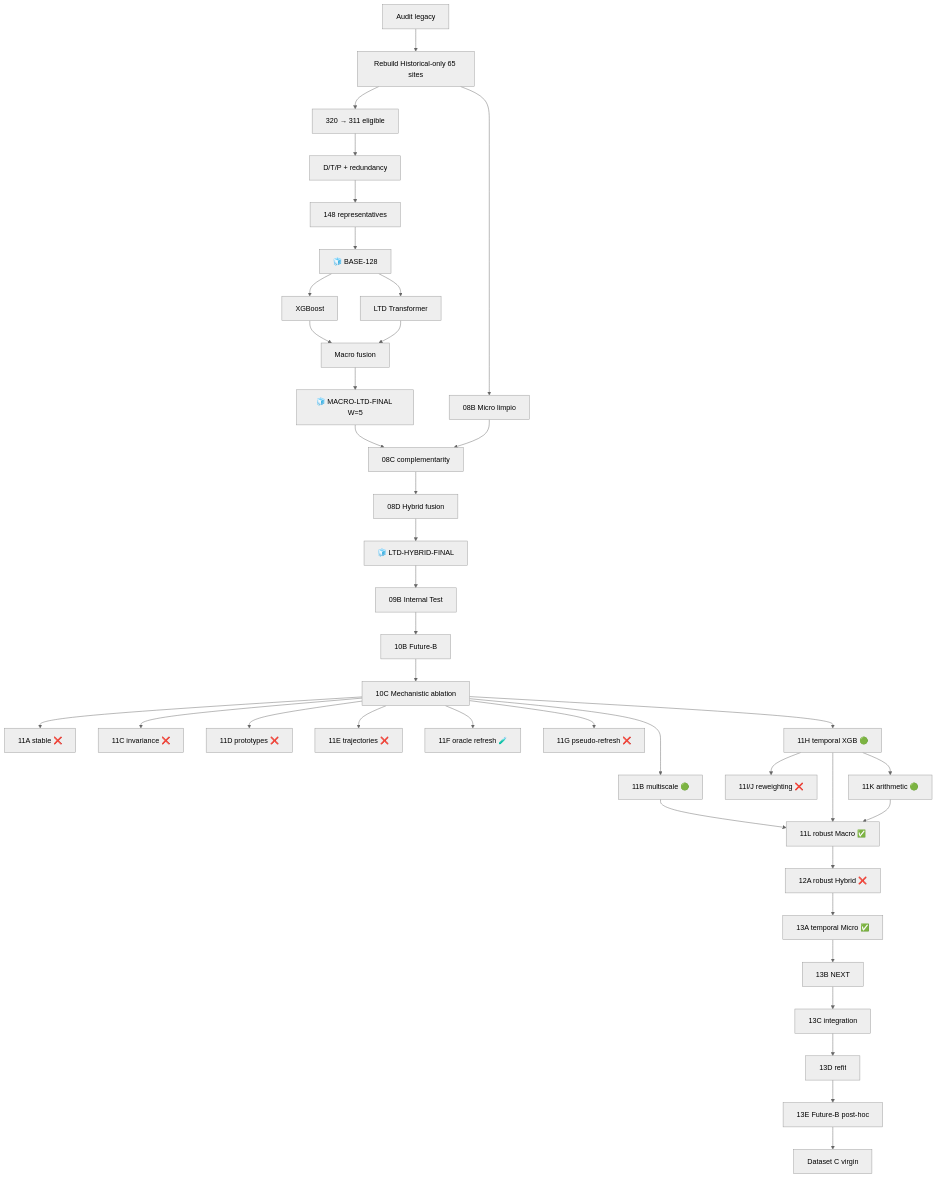
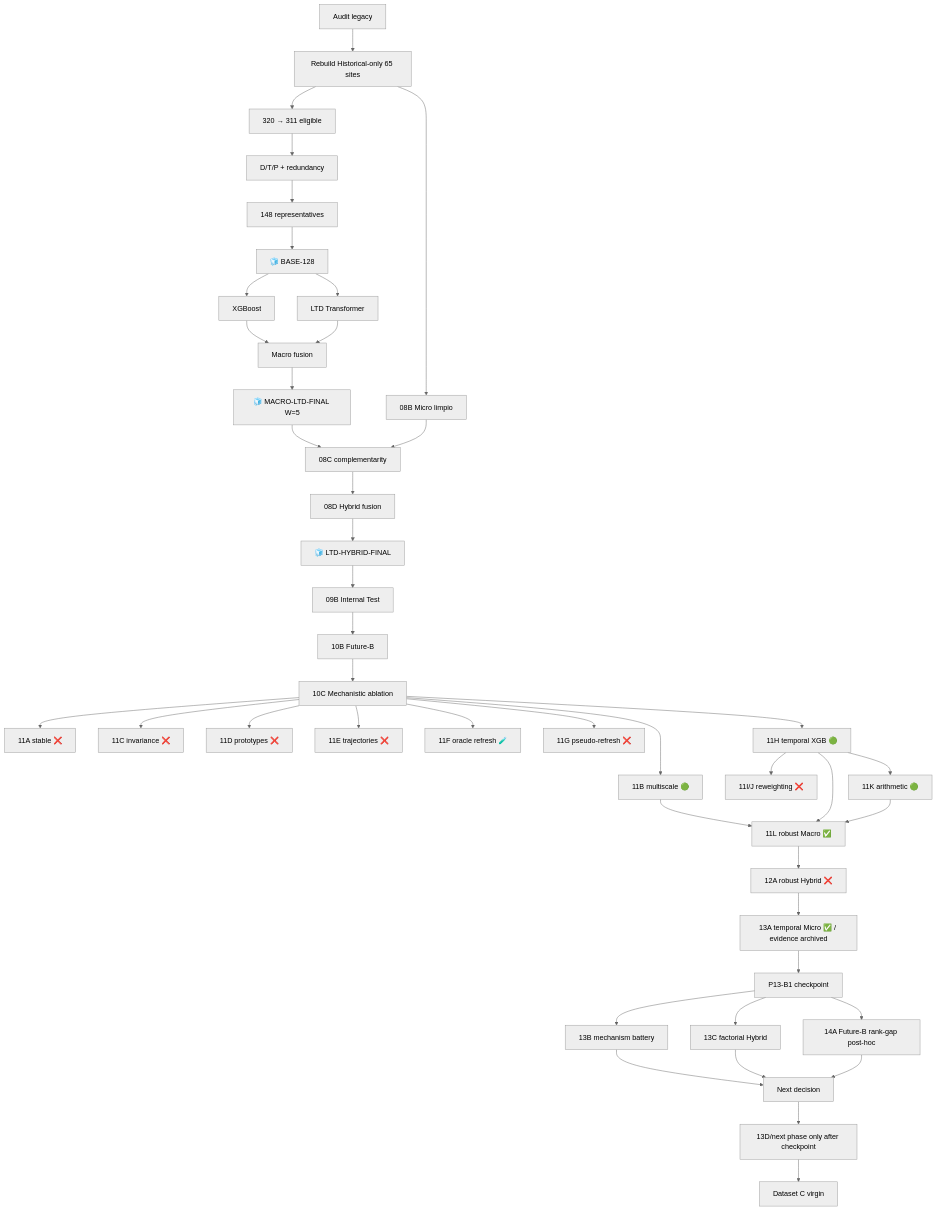
One commit to a52290451/ltd-attack changed the first of 2 diagrams in docs/EXPERIMENT_MAP.md. Above: the diagram before and after it, drawn with Mermaid (neutral theme). The commit also changed other lines of this file and 19 other files, not shown here.

Commit message:
exp: add phase13 battery and future rank-gap diagnostics

````diff
--- a/docs/EXPERIMENT_MAP.md
+++ b/docs/EXPERIMENT_MAP.md
@@ -84,44 +84,48 @@
 ```mermaid
 flowchart TD
     A["Audit legacy"] --> B["Rebuild Historical-only 65 sites"]
     B --> C["320 → 311 eligible"]
     C --> D["D/T/P + redundancy"]
     D --> E["148 representatives"]
     E --> F["🧊 BASE-128"]
     F --> G["XGBoost"]
     F --> H["LTD Transformer"]
     G --> I["Macro fusion"]
     H --> I
     I --> J["🧊 MACRO-LTD-FINAL W=5"]
 
     B --> K["08B Micro limpio"]
     J --> L["08C complementarity"]
     K --> L
     L --> M["08D Hybrid fusion"]
     M --> N["🧊 LTD-HYBRID-FINAL"]
 
     N --> O["09B Internal Test"]
     O --> P["10B Future-B"]
     P --> Q["10C Mechanistic ablation"]
 
     Q --> R1["11A stable ❌"]
     Q --> R2["11B multiscale 🟢"]
     Q --> R3["11C invariance ❌"]
     Q --> R4["11D prototypes ❌"]
     Q --> R5["11E trajectories ❌"]
     Q --> R6["11F oracle refresh 🧪"]
     Q --> R7["11G pseudo-refresh ❌"]
     Q --> R8["11H temporal XGB 🟢"]
     R8 --> R9["11I/J reweighting ❌"]
     R8 --> R10["11K arithmetic 🟢"]
     R2 --> S["11L robust Macro ✅"]
     R8 --> S
     R10 --> S
     S --> T["12A robust Hybrid ❌"]
-    T --> U["13A temporal Micro ✅"]
-    U --> V["13B NEXT"]
-    V --> W["13C integration"]
-    W --> X["13D refit"]
-    X --> Y["13E Future-B post-hoc"]
-    Y --> Z["Dataset C virgin"]
+    T --> U["13A temporal Micro ✅ / evidence archived"]
+    U --> V["P13-B1 checkpoint"]
+    V --> W["13B mechanism battery"]
+    V --> X["13C factorial Hybrid"]
+    V --> Y["14A Future-B rank-gap post-hoc"]
+    W --> Z["Next decision"]
+    X --> Z
+    Y --> Z
+    Z --> AA["13D/next phase only after checkpoint"]
+    AA --> AB["Dataset C virgin"]
 ```
````
